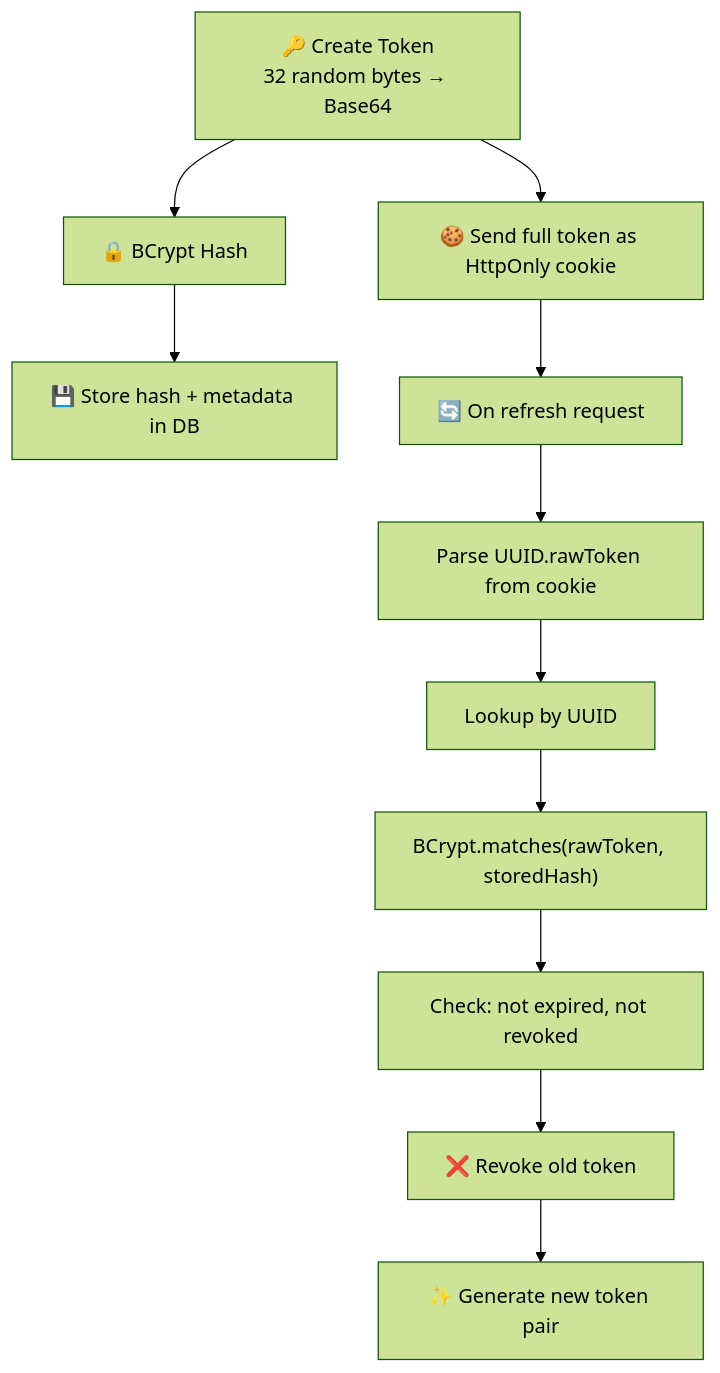
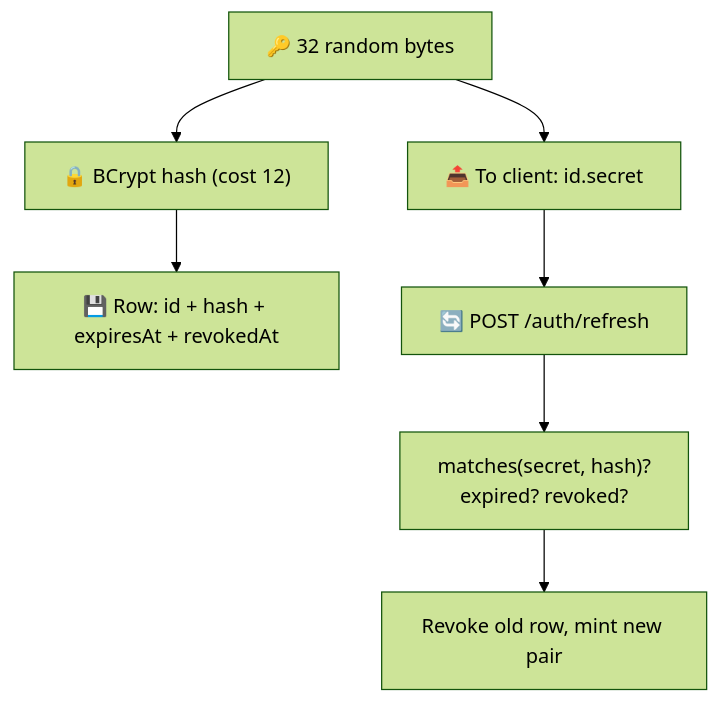
Before and after one commit to AndDev741/Beyou-arch-design: the third of 3 diagrams in architecture/security/en.md, drawn with Mermaid (forest theme). The commit also changed other lines of this file and 3 other files, not shown here.

First line of the commit message:
docs(architecture): rewrite the security topic against the real surface

````diff
--- a/architecture/security/en.md
+++ b/architecture/security/en.md
@@ -142,14 +129,9 @@
 ```mermaid
 flowchart TD
-  CR["🔑 Create Token<br/>32 random bytes → Base64"] --> HASH["🔒 BCrypt Hash"]
-  HASH --> DB["💾 Store hash + metadata in DB"]
-  CR --> COOKIE["🍪 Send full token as HttpOnly cookie"]
-
-  COOKIE --> REF["🔄 On refresh request"]
-  REF --> PARSE["Parse UUID.rawToken from cookie"]
-  PARSE --> LOOKUP["Lookup by UUID"]
-  LOOKUP --> MATCH["BCrypt.matches(rawToken, storedHash)"]
-  MATCH --> CHECK["Check: not expired, not revoked"]
-  CHECK --> REVOKE["❌ Revoke old token"]
-  REVOKE --> NEW["✨ Generate new token pair"]
+  CR["🔑 32 random bytes"] --> HASH["🔒 BCrypt hash (cost 12)"]
+  HASH --> DB["💾 Row: id + hash + expiresAt + revokedAt"]
+  CR --> OUT["📤 To client: id.secret"]
+  OUT --> REF["🔄 POST /auth/refresh"]
+  REF --> MATCH["matches(secret, hash)?<br/>expired? revoked?"]
+  MATCH --> ROT["Revoke old row, mint new pair"]
 ```
````
